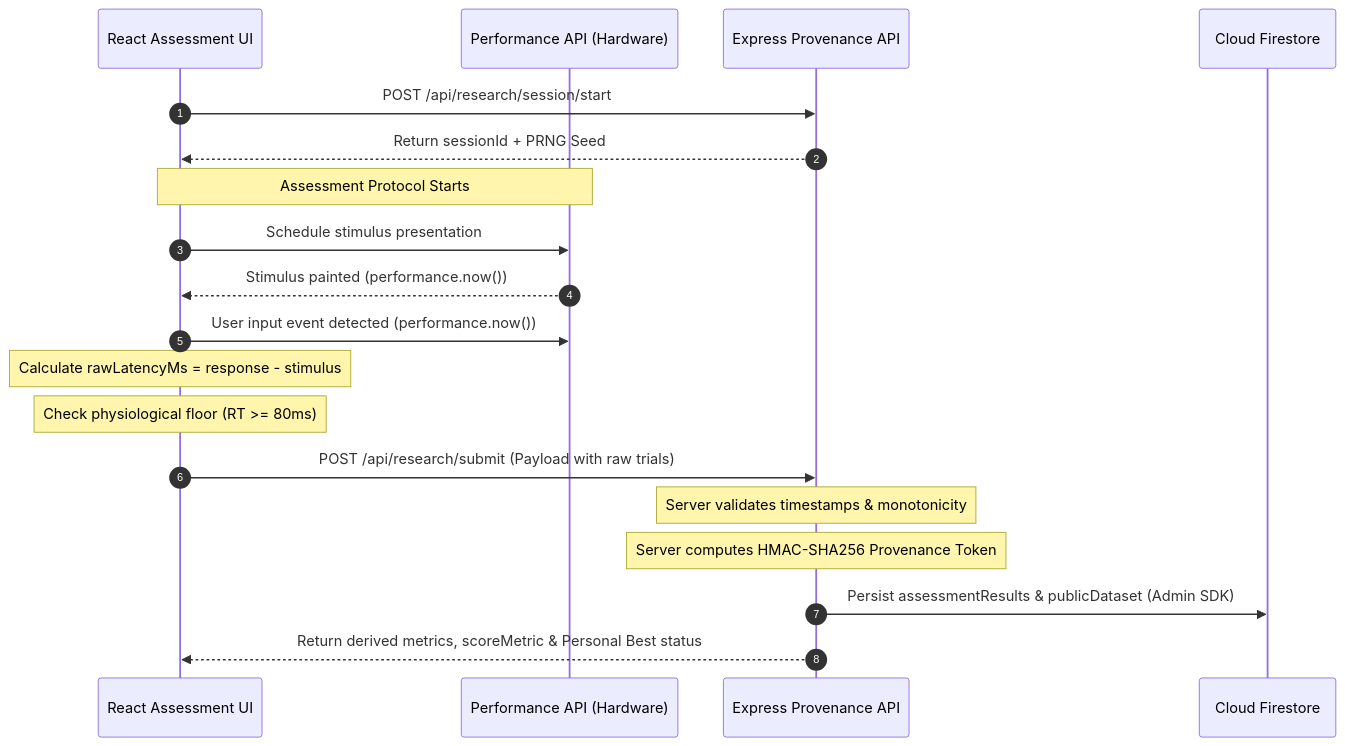
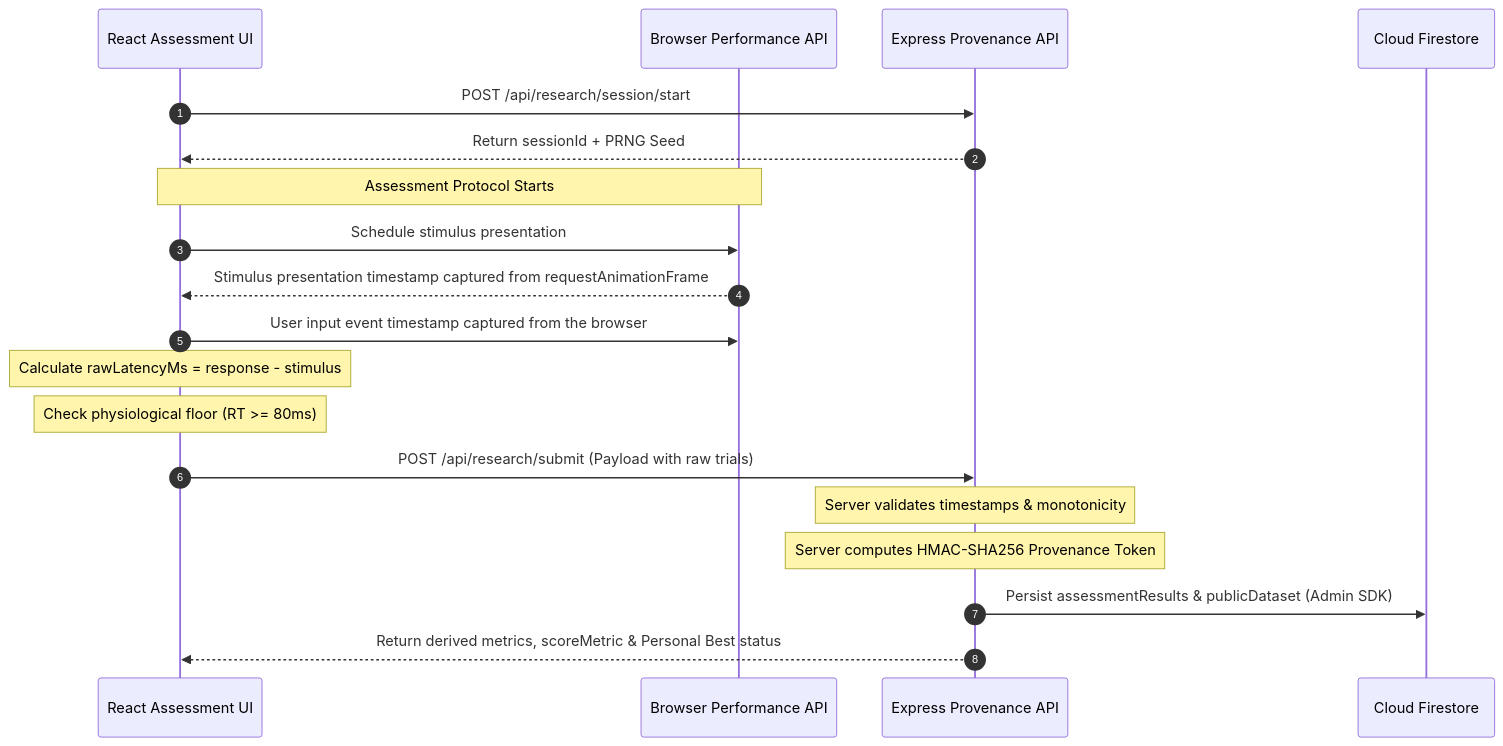
One commit to Affan0786isOP/PULSE-2.1 changed the second of 2 diagrams in docs/ARCHITECTURE.md. Above: the diagram before and after it, drawn with Mermaid. The commit also changed other lines of this file and 1 other file, not shown here.

Commit message:
docs(timing): clarify browser timestamp and pacing semantics

````diff
--- a/docs/ARCHITECTURE.md
+++ b/docs/ARCHITECTURE.md
@@ -54,22 +54,22 @@
 ```mermaid
 sequenceDiagram
     autonumber
     participant UI as React Assessment UI
-    participant Timer as Performance API (Hardware)
+    participant Timer as Browser Performance API
     participant Server as Express Provenance API
     participant DB as Cloud Firestore
 
     UI->>Server: POST /api/research/session/start
     Server-->>UI: Return sessionId + PRNG Seed
     Note over UI,Timer: Assessment Protocol Starts
     UI->>Timer: Schedule stimulus presentation
-    Timer-->>UI: Stimulus painted (performance.now())
-    UI->>Timer: User input event detected (performance.now())
+    Timer-->>UI: Stimulus presentation timestamp captured from requestAnimationFrame
+    UI->>Timer: User input event timestamp captured from the browser
     Note over UI: Calculate rawLatencyMs = response - stimulus
     Note over UI: Check physiological floor (RT >= 80ms)
     UI->>Server: POST /api/research/submit (Payload with raw trials)
     Note over Server: Server validates timestamps & monotonicity
     Note over Server: Server computes HMAC-SHA256 Provenance Token
     Server->>DB: Persist assessmentResults & publicDataset (Admin SDK)
     Server-->>UI: Return derived metrics, scoreMetric & Personal Best status
 ```
````
